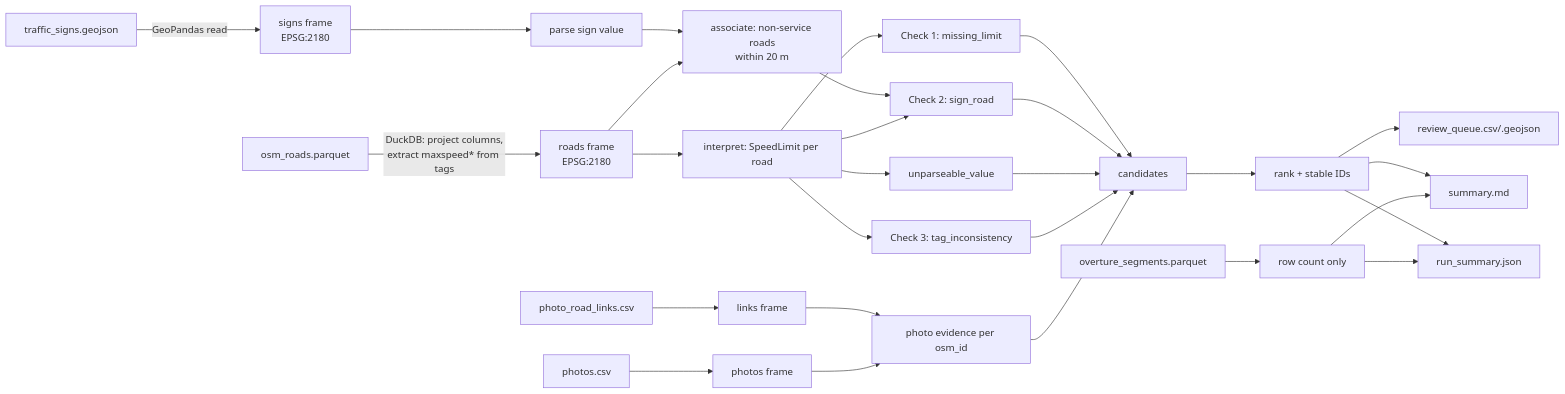
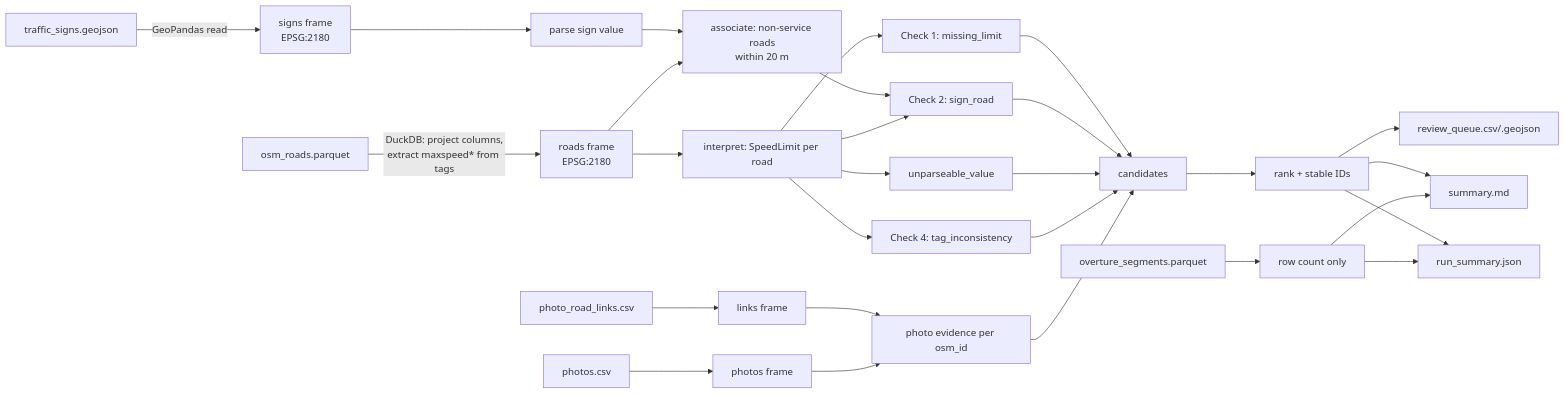
One commit to monikabialobrzeska/szkolenie_dodatkowe changed the second of 6 diagrams in docs/ADR/000-main-architecture.md. Above: the diagram before and after it, drawn with Mermaid. The commit also changed other lines of this file and 8 other files, not shown here.

````diff
--- a/docs/ADR/000-main-architecture.md
+++ b/docs/ADR/000-main-architecture.md
@@ -361,25 +363,25 @@
 ```mermaid
 flowchart LR
     A[osm_roads.parquet] -->|DuckDB: project columns,<br/>extract maxspeed* from tags| A1[roads frame<br/>EPSG:2180]
     B[traffic_signs.geojson] -->|GeoPandas read| B1[signs frame<br/>EPSG:2180]
     C[photo_road_links.csv] --> C1[links frame]
     D[photos.csv] --> D1[photos frame]
     E[overture_segments.parquet] --> E1[row count only]
     A1 --> I[interpret: SpeedLimit per road]
     I --> K1[Check 1: missing_limit]
     I --> K3[unparseable_value]
-    I --> K4[Check 3: tag_inconsistency]
+    I --> K4[Check 4: tag_inconsistency]
     B1 --> P[parse sign value]
     P --> S[associate: non-service roads<br/>within 20 m]
     A1 --> S
     S --> K2[Check 2: sign_road]
     I --> K2
     K1 & K2 & K3 & K4 --> CAND[candidates]
     C1 & D1 --> EV[photo evidence per osm_id]
     EV --> CAND
     CAND --> R[rank + stable IDs]
     R --> O1[review_queue.csv/.geojson]
     R --> O2[summary.md]
     R --> O3[run_summary.json]
     E1 --> O2 & O3
 ```
````
